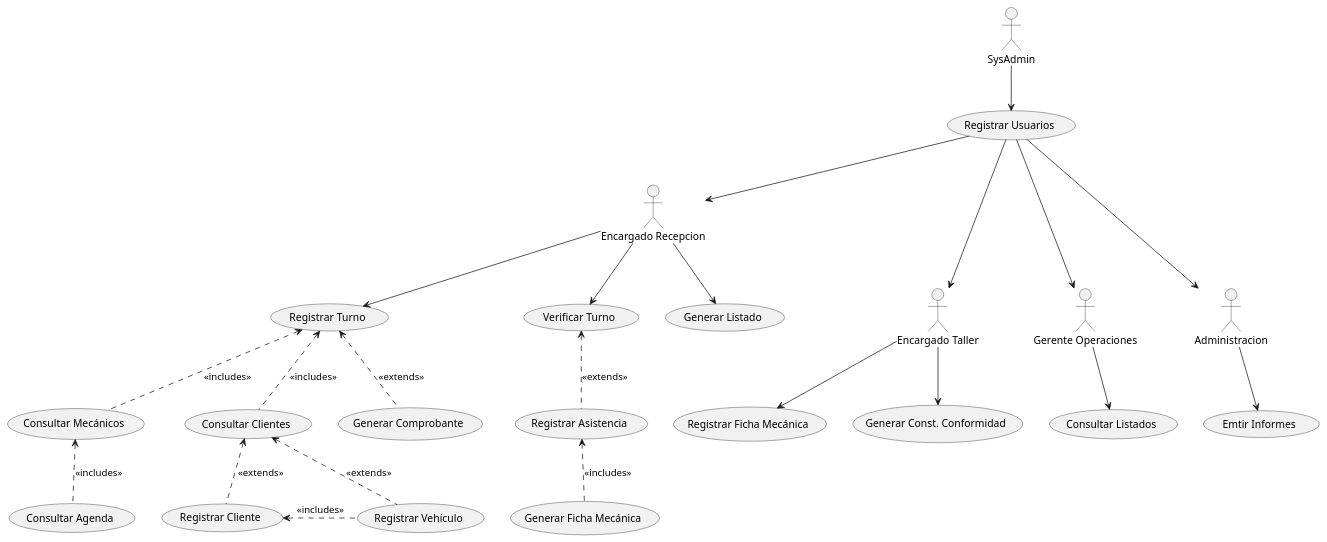
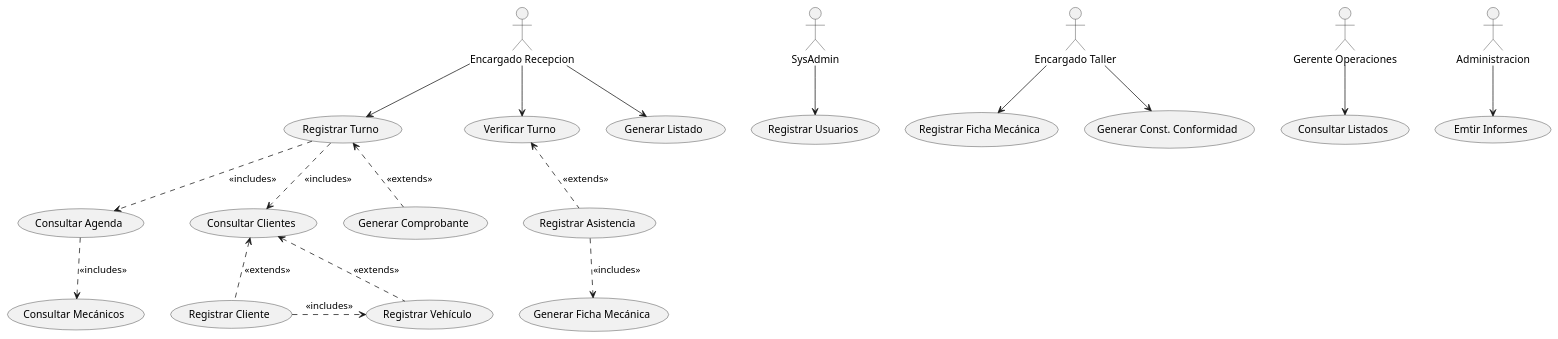
The diagram in UML/DiagramaUC.puml (MatiasCermak/tp-integrador-doo), drawn with PlantUML before and after one commit. The commit also changed 5 other files, not shown here.

```diff
--- a/UML/DiagramaUC.puml
+++ b/UML/DiagramaUC.puml
@@ -1,49 +1,44 @@
 @startuml Diagrama Casos de Uso
 (Registrar Turno) as UC1
 (Consultar Agenda) as UC2
 (Generar Comprobante) as UC3
 (Registrar Cliente) as UC4
 (Generar Ficha Mecánica) as UC5
 (Consultar Clientes) as UC6
 (Generar Listado) as UC7
 (Registrar Usuarios) as UC8
 (Registrar Ficha Mecánica) as UC9
 (Generar Const. Conformidad) as UC10
 (Consultar Listados) as UC11
 (Emtir Informes) as UC12
 (Consultar Mecánicos) as UC13
 (Verificar Turno) as UC14
 (Registrar Asistencia) as UC15
 (Registrar Vehículo) as UC16
 
 actor :Encargado Recepcion: as encRec
 actor :SysAdmin: as sysAdm
 actor :Encargado Taller: as encTal
 actor :Gerente Operaciones: as gerOps
 actor :Administracion: as admin
 
 UC3 .up.> UC1 : <<extends>>
 UC4 .up.> UC6 : <<extends>>
 UC16 .up.> UC6 : <<extends>>
 UC15 .up.> UC14 : <<extends>>
-UC2 .up.> UC13 : <<includes>>
-UC6 .up.> UC1 : <<includes>>
-UC5 .up.> UC15 : <<includes>> 
-UC13 .up.> UC1 : <<includes>>
-UC16 .left.>UC4 : <<includes>>
+UC13 <.up. UC2 : <<includes>>
+UC6 <.up. UC1 : <<includes>>
+UC5 <.up. UC15 : <<includes>> 
+UC2 <.up. UC1 : <<includes>>
+UC16 <.left.UC4 : <<includes>>
 
 encRec --> UC1
 encRec --> UC7
 encRec --> UC14
 sysAdm --> UC8
 encTal --> UC9
 encTal --> UC10
 gerOps --> UC11 
 admin --> UC12
 
-UC8 ---> gerOps
-UC8 ---> encTal  
-UC8 --> encRec
-UC8 ---> admin
-
 @enduml
```
